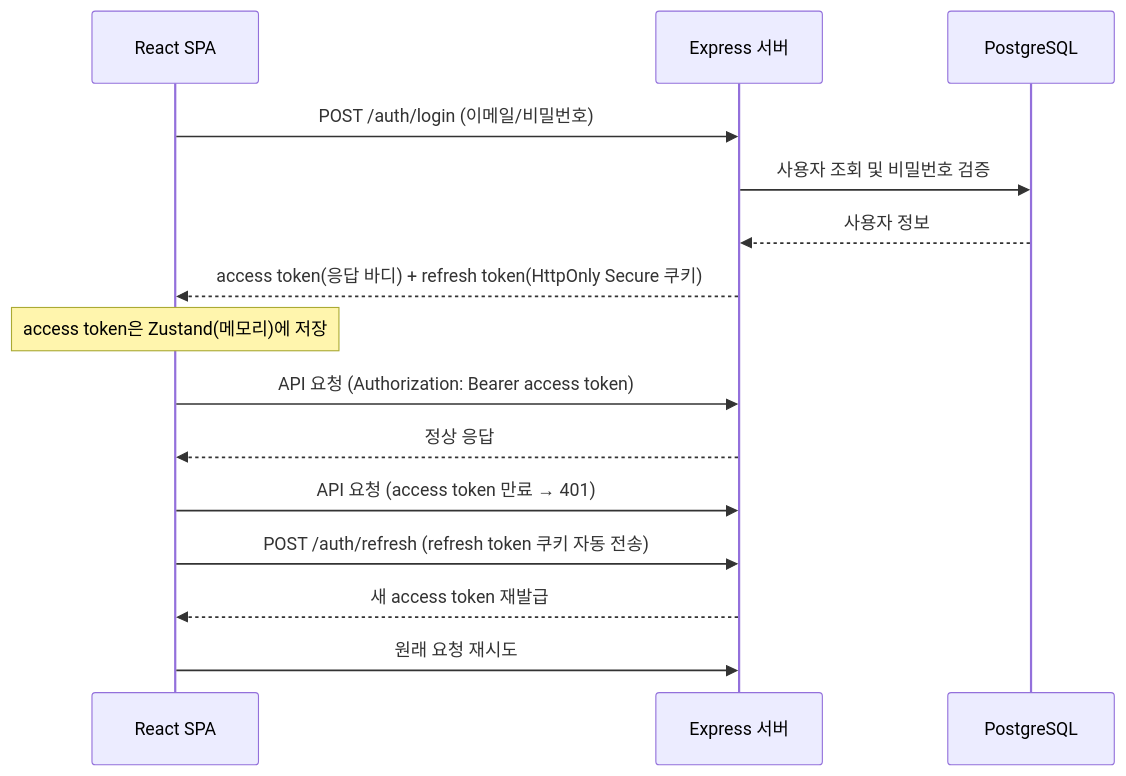
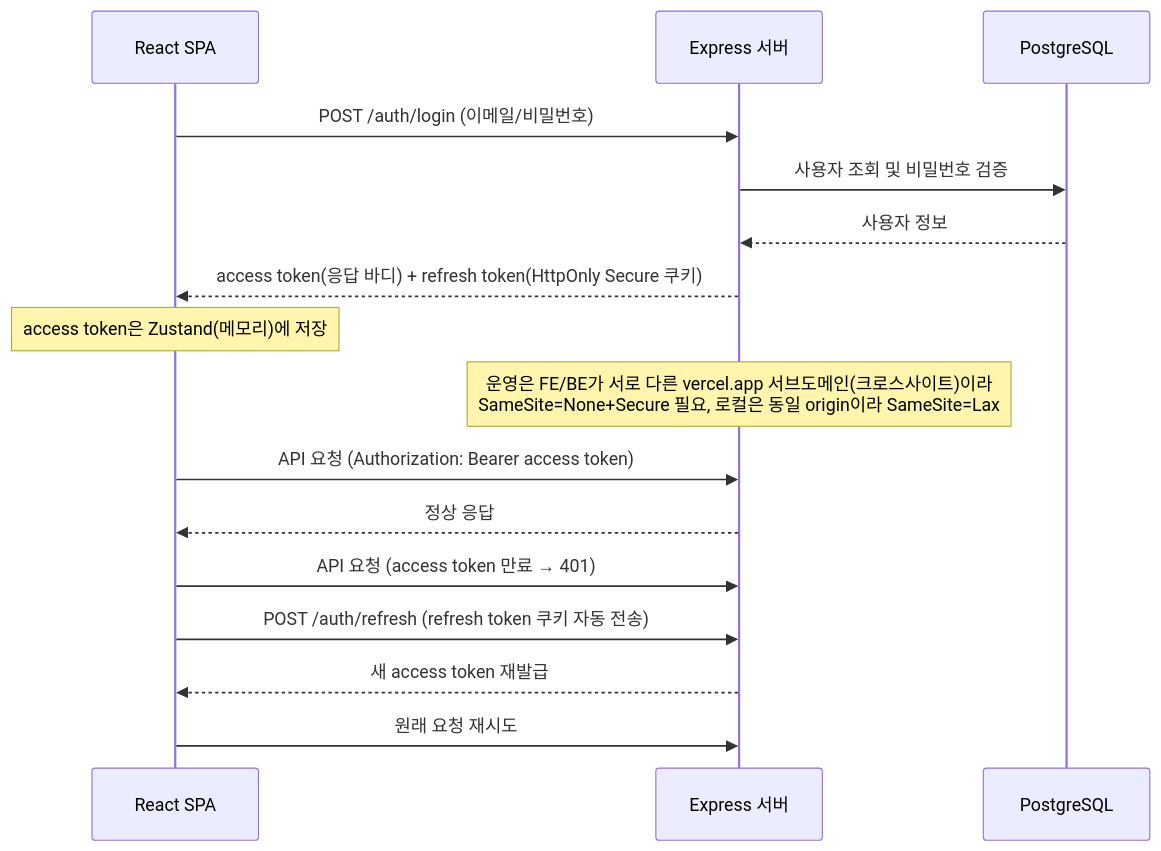
Before and after one commit to spongood99-spec/b2b-promo: the second of 3 diagrams in docs/6-arch-diagram.md, drawn with Mermaid. The commit also changed other lines of this file and 3 other files, not shown here.

````diff
--- a/docs/6-arch-diagram.md
+++ b/docs/6-arch-diagram.md
@@ -28,20 +30,21 @@
 ```mermaid
 sequenceDiagram
     participant C as React SPA
     participant S as Express 서버
     participant DB as PostgreSQL
 
     C->>S: POST /auth/login (이메일/비밀번호)
     S->>DB: 사용자 조회 및 비밀번호 검증
     DB-->>S: 사용자 정보
     S-->>C: access token(응답 바디) + refresh token(HttpOnly Secure 쿠키)
     Note over C: access token은 Zustand(메모리)에 저장
+    Note over S: 운영은 FE/BE가 서로 다른 vercel.app 서브도메인(크로스사이트)이라<br/>SameSite=None+Secure 필요, 로컬은 동일 origin이라 SameSite=Lax
 
     C->>S: API 요청 (Authorization: Bearer access token)
     S-->>C: 정상 응답
 
     C->>S: API 요청 (access token 만료 → 401)
     C->>S: POST /auth/refresh (refresh token 쿠키 자동 전송)
     S-->>C: 새 access token 재발급
     C->>S: 원래 요청 재시도
 ```
````
